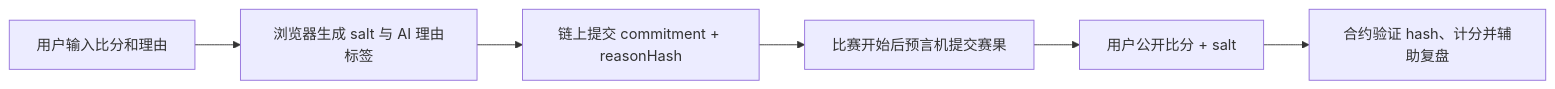
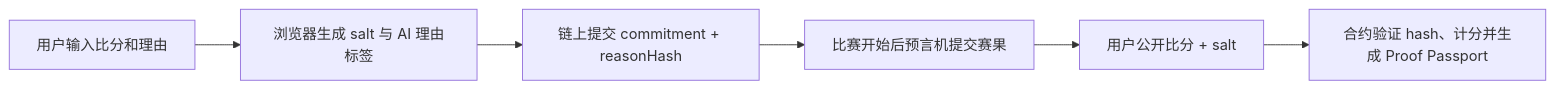
One commit to actmaoweihao/GoalProof_WD_CUP changed the diagram in README.md. Above: the diagram before and after it, drawn with Mermaid. The commit also changed other lines of this file and 13 other files, not shown here.

````diff
--- a/README.md
+++ b/README.md
@@ -11,8 +34,8 @@
 ```mermaid
 flowchart LR
   A[用户输入比分和理由] --> B[浏览器生成 salt 与 AI 理由标签]
   B --> C[链上提交 commitment + reasonHash]
   C --> D[比赛开始后预言机提交赛果]
   D --> E[用户公开比分 + salt]
-  E --> F[合约验证 hash、计分并辅助复盘]
+  E --> F[合约验证 hash、计分并生成 Proof Passport]
 ```
````
